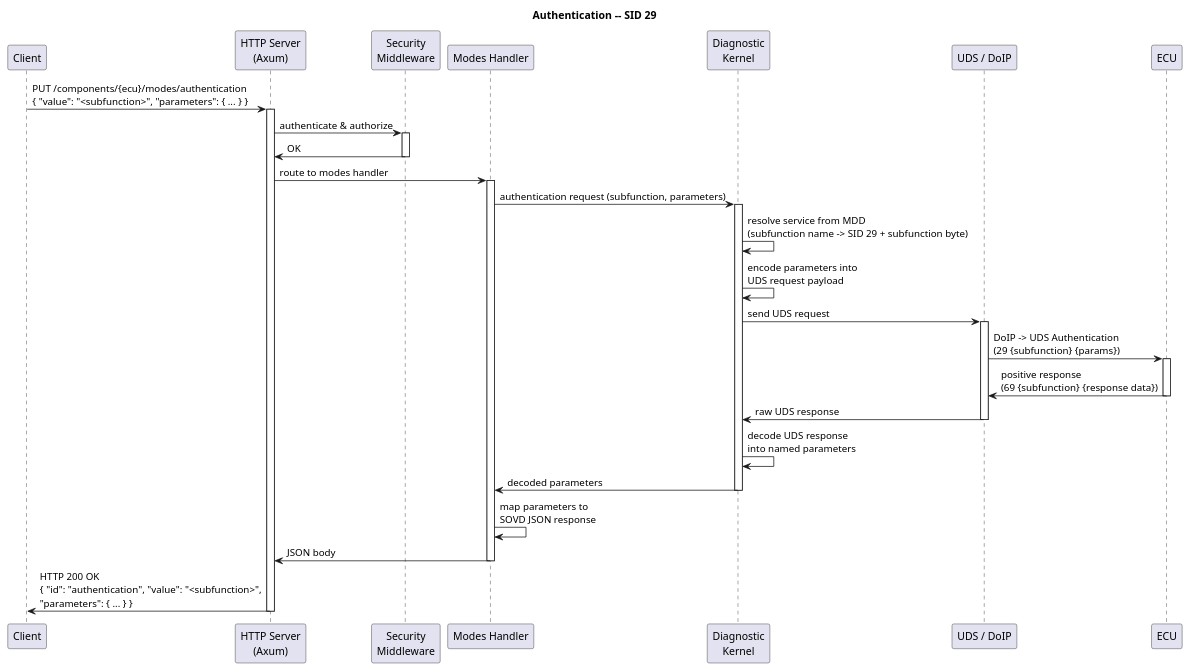
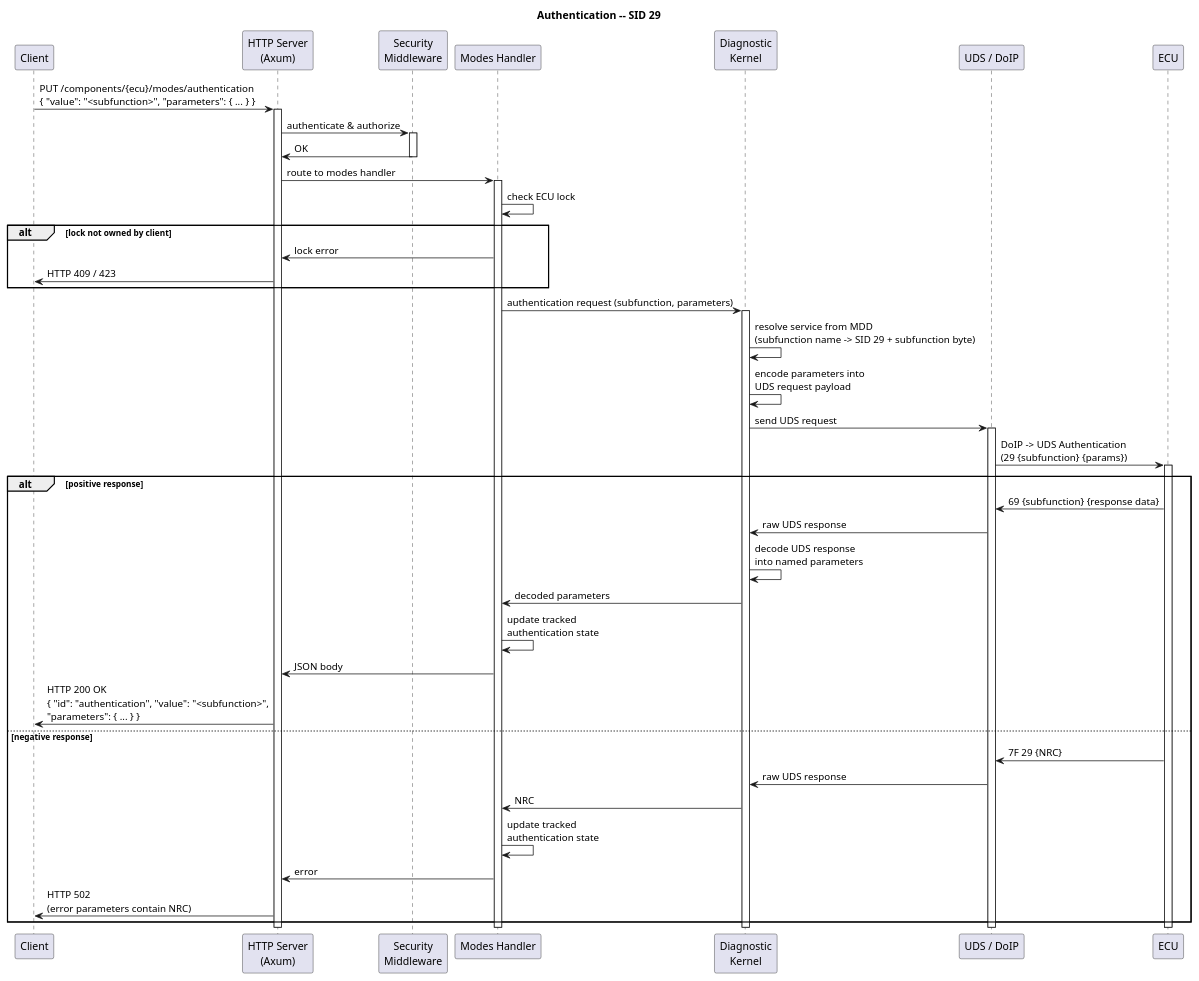
One commit to eclipse-opensovd/classic-diagnostic-adapter changed the diagram in docs/03_architecture/02_sovd-api/images/authentication.puml. Above: the diagram before and after it, drawn with PlantUML. The commit also changed 11 other files, not shown here.

First line of the commit message:
docs(sovd): specify /modes/authentication (UDS 0x29)

```diff
--- a/docs/03_architecture/02_sovd-api/images/authentication.puml
+++ b/docs/03_architecture/02_sovd-api/images/authentication.puml
@@ -12,49 +12,61 @@
 @startuml
 title Authentication -- SID 29
 
 participant Client
 participant "HTTP Server\n(Axum)" as HTTP
 participant "Security\nMiddleware" as SEC
 participant "Modes Handler" as HANDLER
 participant "Diagnostic\nKernel" as DIAG
 participant "UDS / DoIP" as COMM
 participant ECU
 
 Client -> HTTP : PUT /components/{ecu}/modes/authentication\n{ "value": "<subfunction>", "parameters": { ... } }
 activate HTTP
 
 HTTP -> SEC : authenticate & authorize
 activate SEC
 SEC -> HTTP : OK
 deactivate SEC
 
 HTTP -> HANDLER : route to modes handler
 activate HANDLER
 
+HANDLER -> HANDLER : check ECU lock
+alt lock not owned by client
+  HANDLER -> HTTP : lock error
+  HTTP -> Client : HTTP 409 / 423
+end
+
 HANDLER -> DIAG : authentication request (subfunction, parameters)
 activate DIAG
 
 DIAG -> DIAG : resolve service from MDD\n(subfunction name -> SID 29 + subfunction byte)
 DIAG -> DIAG : encode parameters into\nUDS request payload
 
 DIAG -> COMM : send UDS request
 activate COMM
 COMM -> ECU : DoIP -> UDS Authentication\n(29 {subfunction} {params})
 activate ECU
-ECU -> COMM : positive response\n(69 {subfunction} {response data})
+alt positive response
+  ECU -> COMM : 69 {subfunction} {response data}
+  COMM -> DIAG : raw UDS response
+  DIAG -> DIAG : decode UDS response\ninto named parameters
+  DIAG -> HANDLER : decoded parameters
+  HANDLER -> HANDLER : update tracked\nauthentication state
+  HANDLER -> HTTP : JSON body
+  HTTP -> Client : HTTP 200 OK\n{ "id": "authentication", "value": "<subfunction>",\n"parameters": { ... } }
+else negative response
+  ECU -> COMM : 7F 29 {NRC}
+  COMM -> DIAG : raw UDS response
+  DIAG -> HANDLER : NRC
+  HANDLER -> HANDLER : update tracked\nauthentication state
+  HANDLER -> HTTP : error
+  HTTP -> Client : HTTP 502\n(error parameters contain NRC)
+end
 deactivate ECU
-COMM -> DIAG : raw UDS response
 deactivate COMM
-
-DIAG -> DIAG : decode UDS response\ninto named parameters
-DIAG -> HANDLER : decoded parameters
 deactivate DIAG
-
-HANDLER -> HANDLER : map parameters to\nSOVD JSON response
-HANDLER -> HTTP : JSON body
 deactivate HANDLER
-
-HTTP -> Client : HTTP 200 OK\n{ "id": "authentication", "value": "<subfunction>",\n"parameters": { ... } }
 deactivate HTTP
 
 @enduml
```
